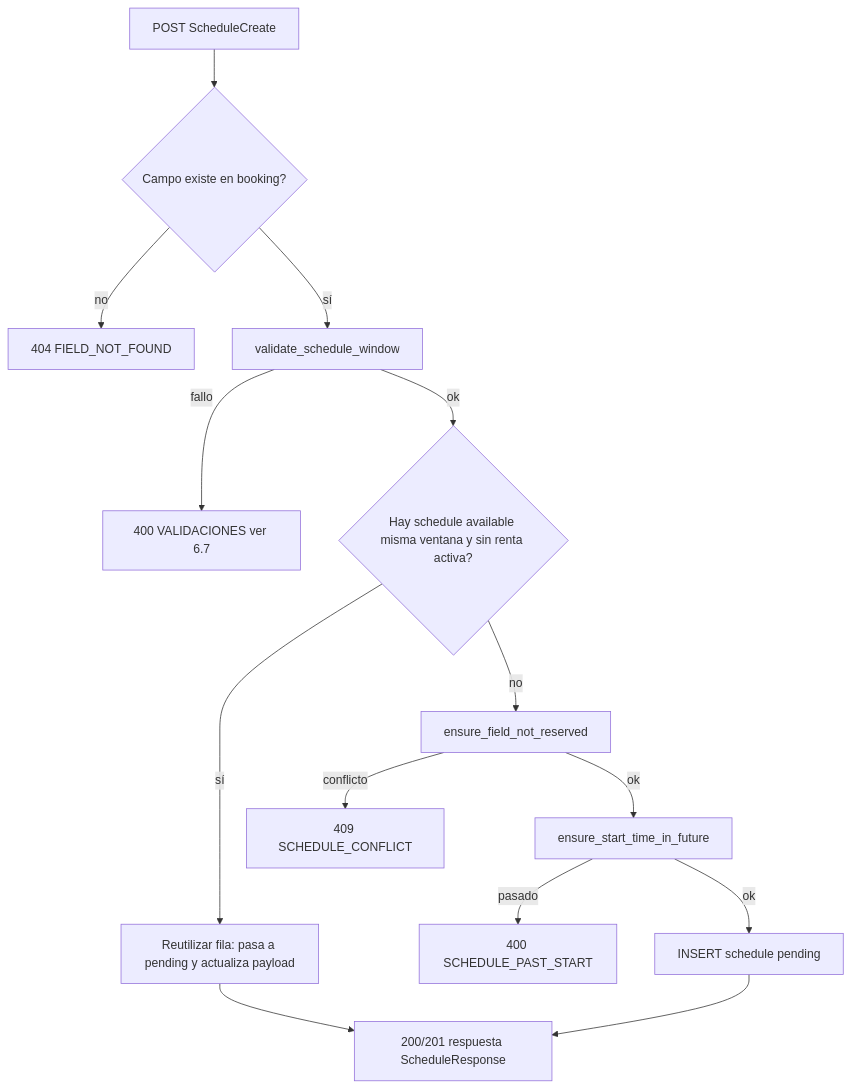
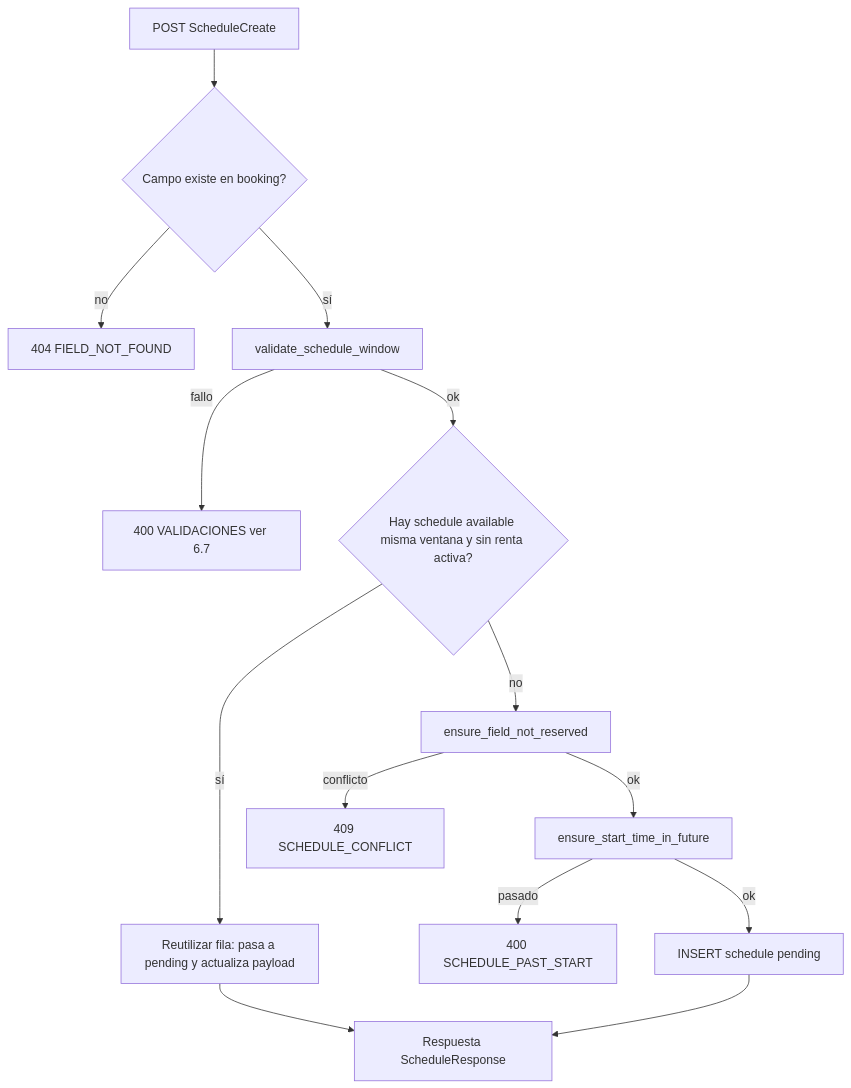
The fifth of 7 diagrams in docs/manual-funcionalidades-avanzadas.md (pichangAPP/pichangapp-backend), drawn with Mermaid before and after one commit. The commit also changed other lines of this file and 13 other files, not shown here.

````diff
--- a/docs/manual-funcionalidades-avanzadas.md
+++ b/docs/manual-funcionalidades-avanzadas.md
@@ -251,16 +251,16 @@
 ```mermaid
 flowchart TD
   A[POST ScheduleCreate] --> B{Campo existe en booking?}
   B -->|no| E404[404 FIELD_NOT_FOUND]
   B -->|sí| C[validate_schedule_window]
   C -->|fallo| V400[400 VALIDACIONES ver 6.7]
   C -->|ok| D{Hay schedule available misma ventana y sin renta activa?}
   D -->|sí| R[Reutilizar fila: pasa a pending y actualiza payload]
   D -->|no| F[ensure_field_not_reserved]
   F -->|conflicto| C409[409 SCHEDULE_CONFLICT]
   F -->|ok| G[ensure_start_time_in_future]
   G -->|pasado| P400[400 SCHEDULE_PAST_START]
   G -->|ok| H[INSERT schedule pending]
-  R --> I[200/201 respuesta ScheduleResponse]
+  R --> I[Respuesta ScheduleResponse]
   H --> I
 ```
````
